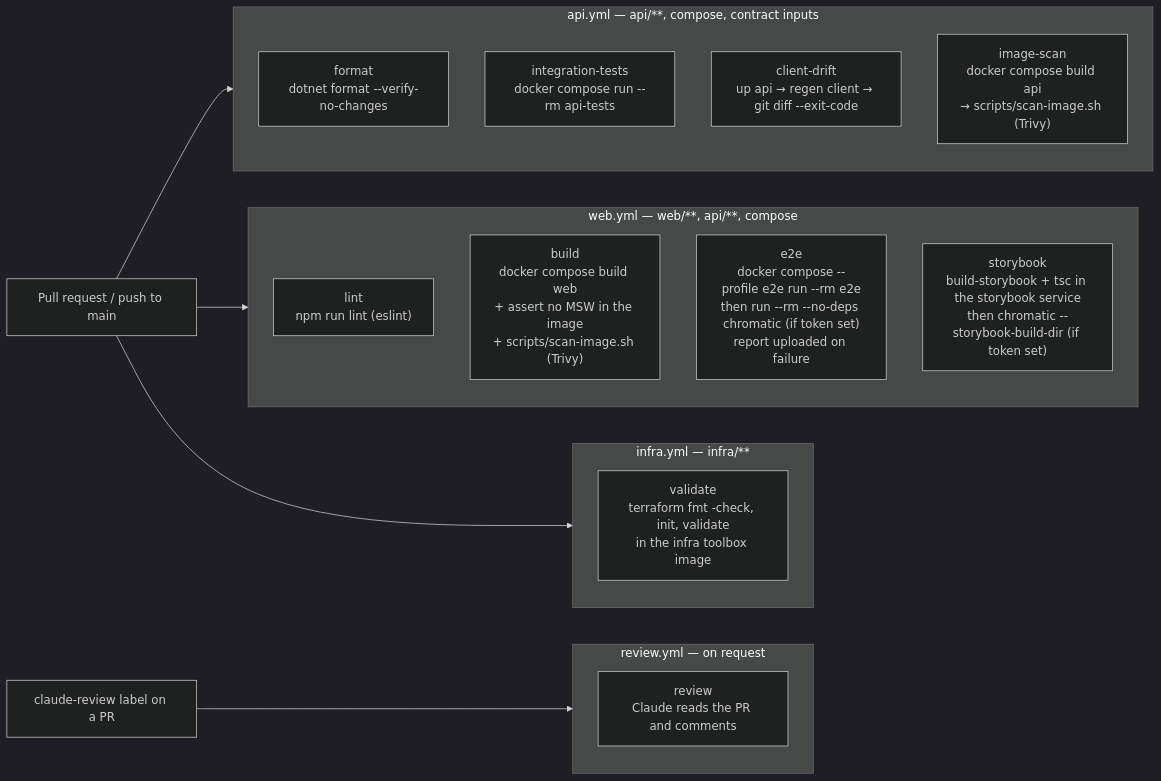
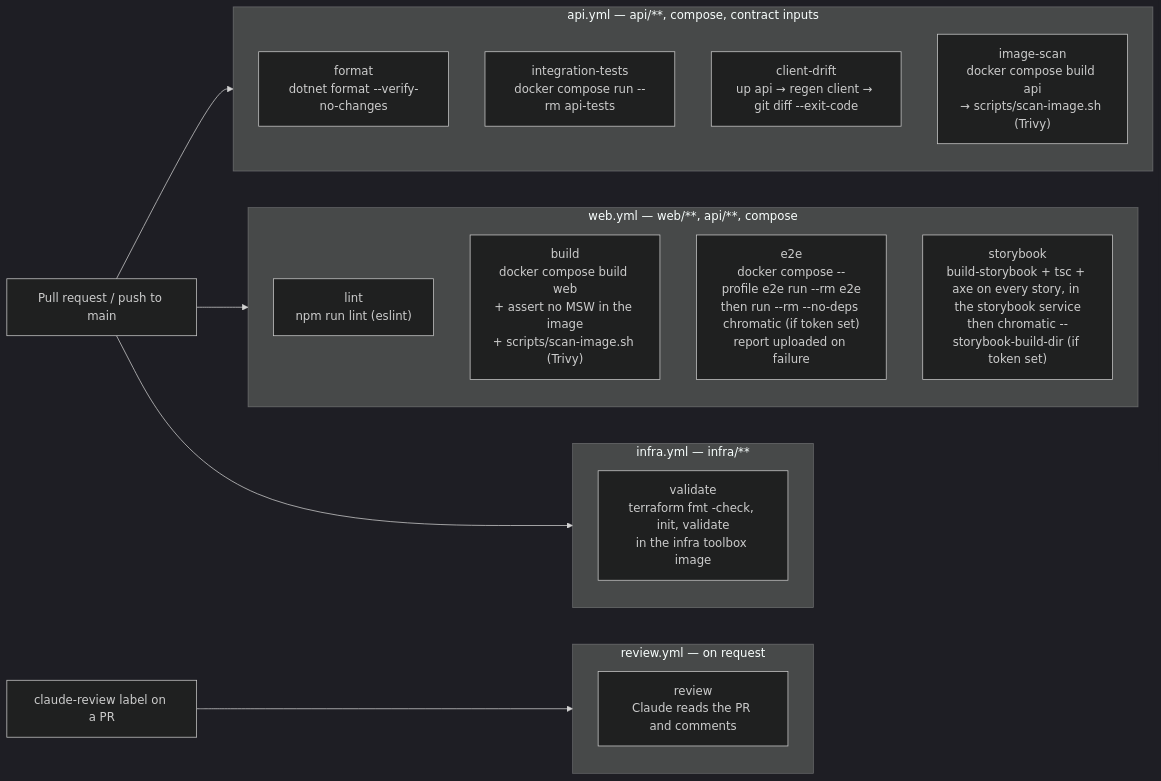
One commit to l1em1on1/social-tennis changed diagram 12 of 12 in docs/architecture.md. Above: the diagram before and after it, drawn with Mermaid (dark theme). The commit also changed other lines of this file and 12 other files, not shown here.

First line of the commit message:
Storybook checks every component's accessibility; /dev/ui goes (#232) (#235)

````diff
--- a/docs/architecture.md
+++ b/docs/architecture.md
@@ -524,23 +525,23 @@
 ```mermaid
 flowchart LR
     subgraph apiwf ["api.yml — api/**, compose, contract inputs"]
         T0["format<br/>dotnet format --verify-no-changes"]
         T1["integration-tests<br/>docker compose run --rm api-tests"]
         T2["client-drift<br/>up api → regen client → git diff --exit-code"]
         T6["image-scan<br/>docker compose build api<br/>→ scripts/scan-image.sh (Trivy)"]
     end
     subgraph webwf ["web.yml — web/**, api/**, compose"]
         T5["lint<br/>npm run lint (eslint)"]
         T3["build<br/>docker compose build web<br/>+ assert no MSW in the image<br/>+ scripts/scan-image.sh (Trivy)"]
         T4["e2e<br/>docker compose --profile e2e run --rm e2e<br/>then run --rm --no-deps chromatic (if token set)<br/>report uploaded on failure"]
-        T7["storybook<br/>build-storybook + tsc in the storybook service<br/>then chromatic --storybook-build-dir (if token set)"]
+        T7["storybook<br/>build-storybook + tsc + axe on every story, in the storybook service<br/>then chromatic --storybook-build-dir (if token set)"]
     end
     subgraph infrawf ["infra.yml — infra/**"]
         T8["validate<br/>terraform fmt -check, init, validate<br/>in the infra toolbox image"]
     end
     subgraph reviewwf ["review.yml — on request"]
         R1["review<br/>Claude reads the PR and comments"]
     end
     PR[Pull request / push to main] --> apiwf & webwf & infrawf
     LBL["claude-review label on a PR"] --> reviewwf
 ```
````
